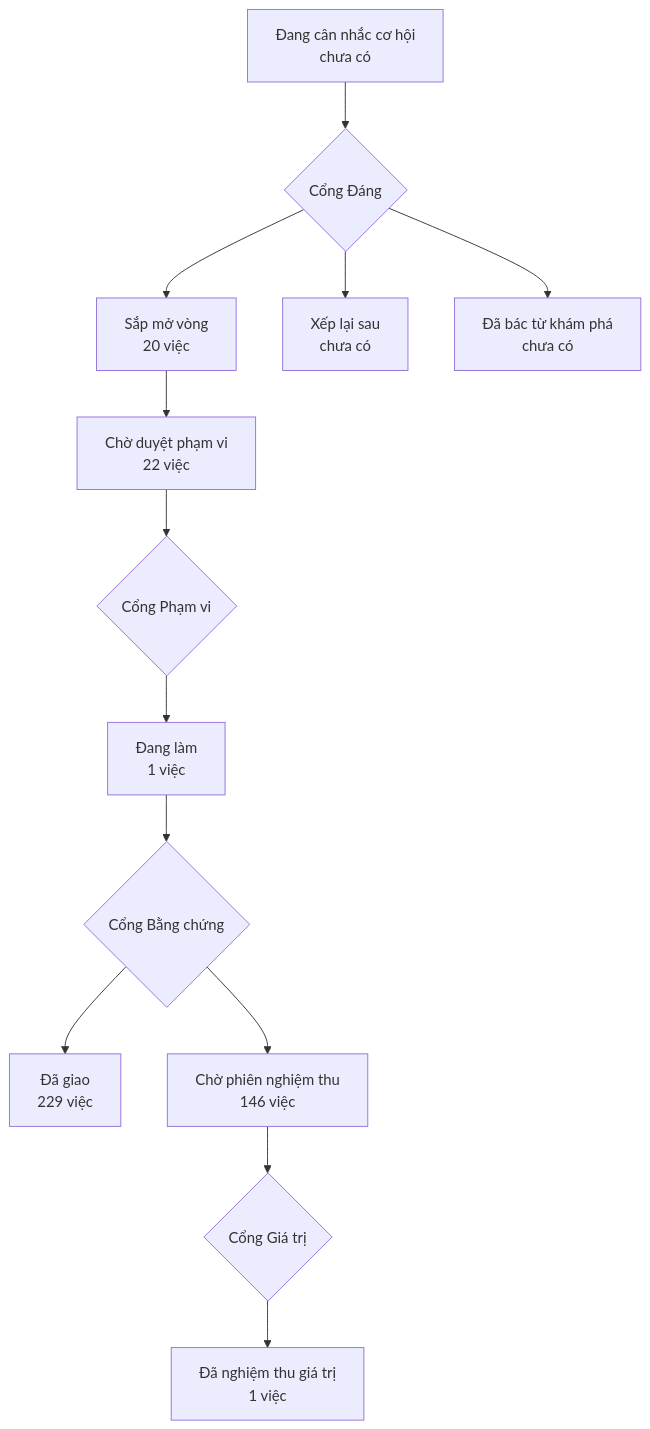
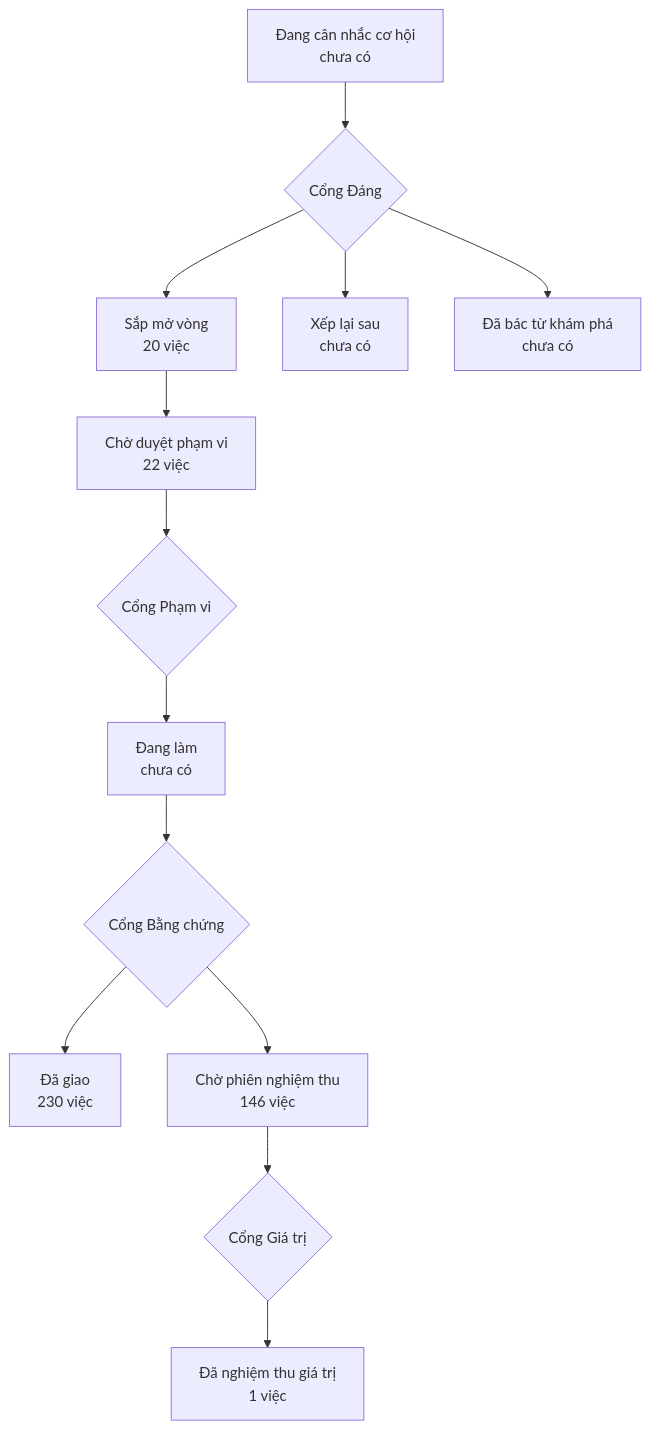
Before and after one commit to phanlemanh/onehub-invest: the diagram in PRODUCT-MAP.md, drawn with Mermaid. The commit also changed other lines of this file and 1 other file, not shown here.

Commit message:
chore(acceptance): vẽ lại PRODUCT-MAP và LO-TRINH sau khi nhận main c16ebe9df (db-chi-nghe-noi-bo-va-chinh-postgres)

````diff
--- a/PRODUCT-MAP.md
+++ b/PRODUCT-MAP.md
@@ -7,12 +7,12 @@
 ```mermaid
 flowchart TD
   A["Đang cân nhắc cơ hội<br/>chưa có"] --> GD{"Cổng Đáng"}
   GD --> B["Sắp mở vòng<br/>20 việc"]
   GD --> XL["Xếp lại sau<br/>chưa có"]
   GD --> DB["Đã bác từ khám phá<br/>chưa có"]
   B --> CD["Chờ duyệt phạm vi<br/>22 việc"] --> GP{"Cổng Phạm vi"}
-  GP --> DL["Đang làm<br/>1 việc"] --> GB{"Cổng Bằng chứng"}
-  GB --> DG["Đã giao<br/>229 việc"]
+  GP --> DL["Đang làm<br/>chưa có"] --> GB{"Cổng Bằng chứng"}
+  GB --> DG["Đã giao<br/>230 việc"]
   GB --> CN["Chờ phiên nghiệm thu<br/>146 việc"] --> GG{"Cổng Giá trị"}
   GG --> NT["Đã nghiệm thu giá trị<br/>1 việc"]
 ```
````
